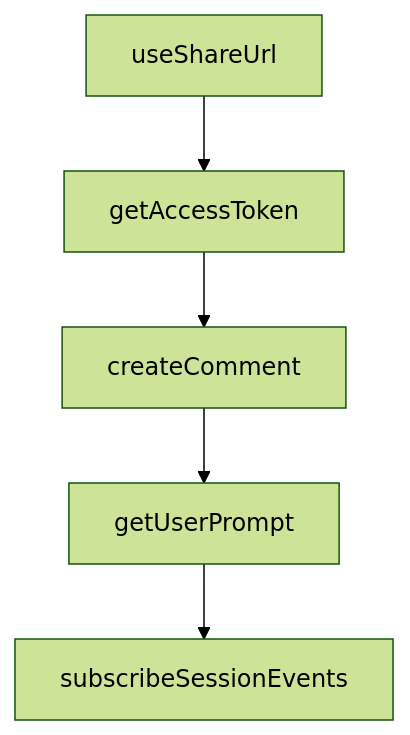
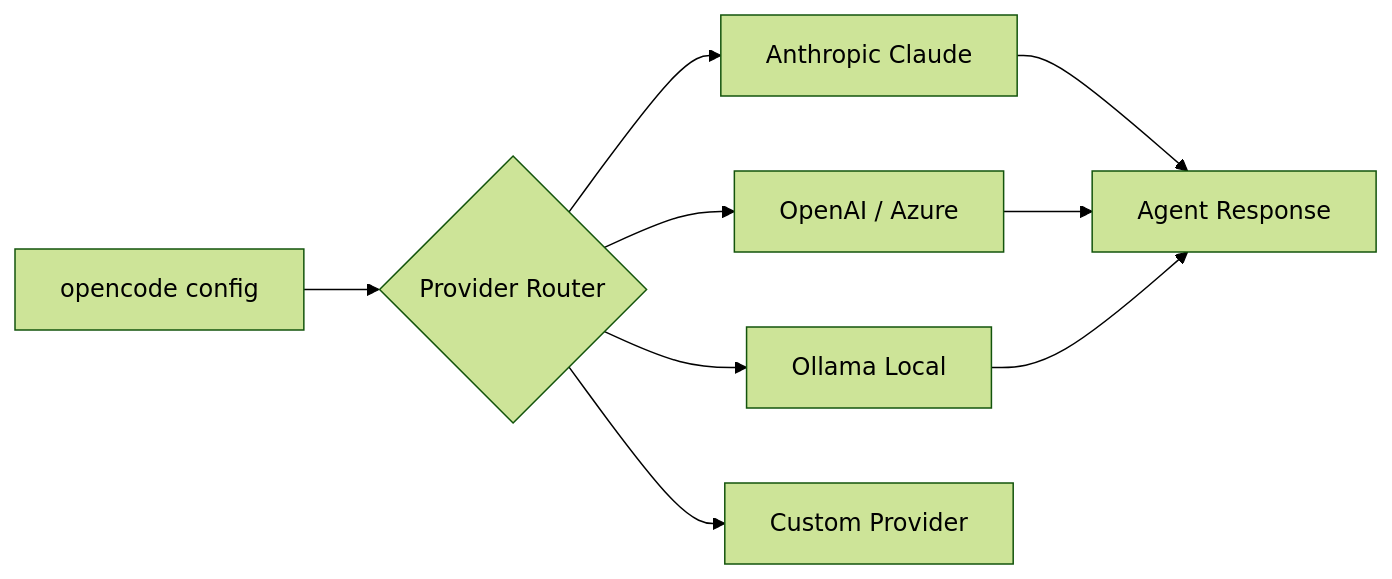
Before and after one commit to johnxie/awesome-code-docs: the diagram in tutorials/opencode-tutorial/03-model-and-provider-routing.md, drawn with Mermaid (forest theme). The commit also changed other lines of this file and 1232 other files, not shown here.

````diff
--- a/tutorials/opencode-tutorial/03-model-and-provider-routing.md
+++ b/tutorials/opencode-tutorial/03-model-and-provider-routing.md
@@ -219,12 +50,11 @@
 ```mermaid
-flowchart TD
-    A[useShareUrl]
-    B[getAccessToken]
-    C[createComment]
-    D[getUserPrompt]
-    E[subscribeSessionEvents]
-    A --> B
-    B --> C
-    C --> D
-    D --> E
+flowchart LR
+    A[opencode config] --> B{Provider Router}
+    B --> C[Anthropic Claude]
+    B --> D[OpenAI / Azure]
+    B --> E[Ollama Local]
+    B --> F[Custom Provider]
+    C --> G[Agent Response]
+    D --> G
+    E --> G
 ```
````
